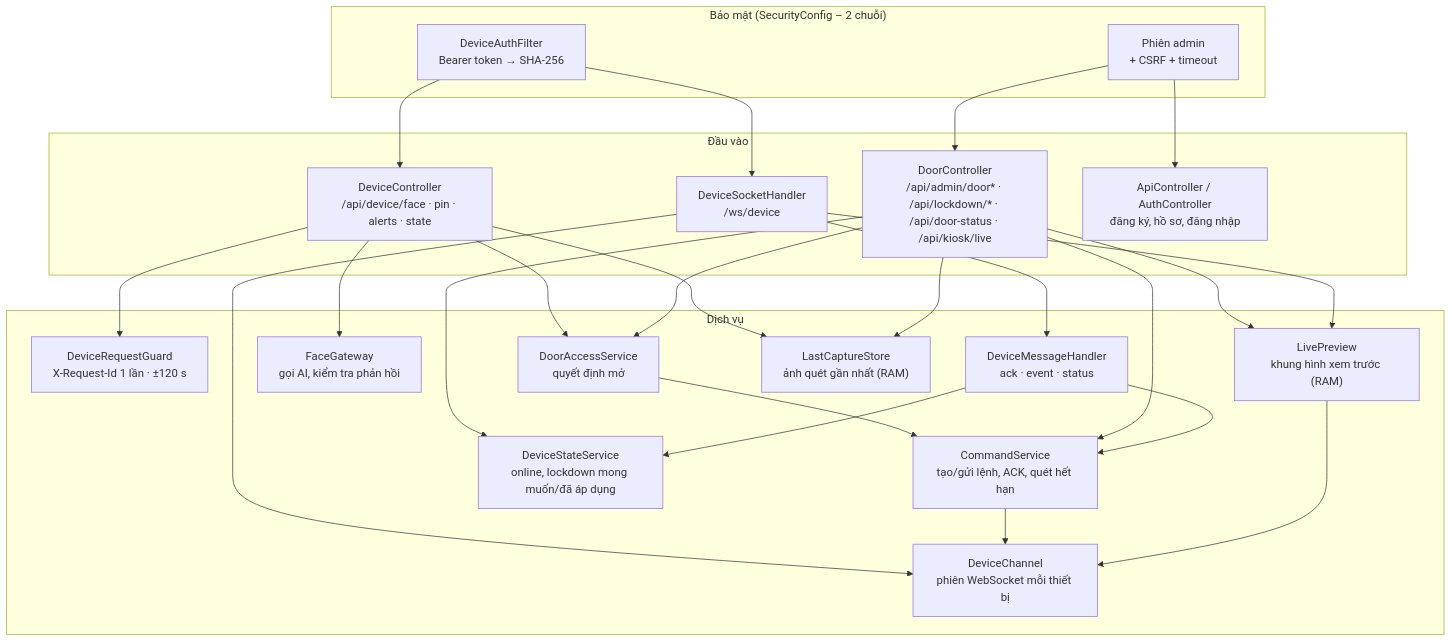
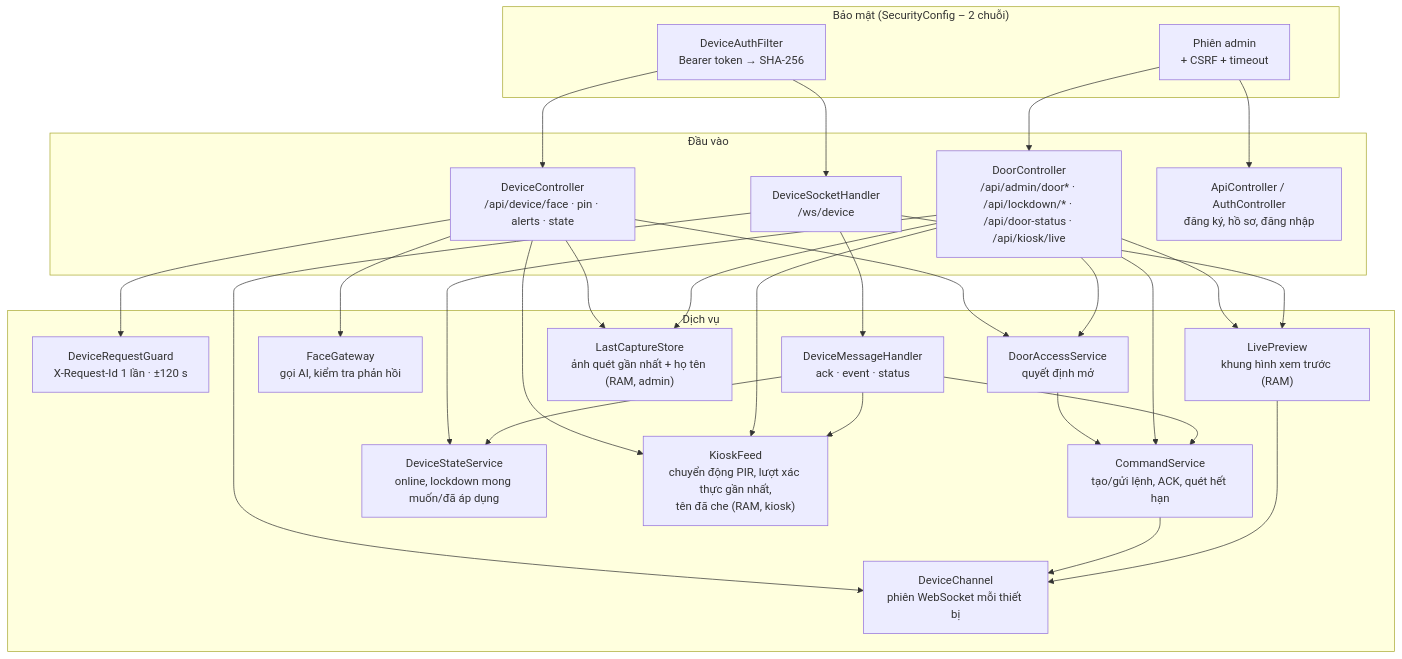
One commit to meanihoccode/IoT-Smart-Door-Lock-with-Facial-Anti-Spoofing changed the fourth of 16 diagrams in docs/ARCHITECTURE_DIAGRAMS.md. Above: the diagram before and after it, drawn with Mermaid. The commit also changed other lines of this file, not shown here.

First line of the commit message:
docs: cập nhật sơ đồ kiến trúc theo kiosk mới (KioskFeed, tên đã che)

````diff
--- a/docs/ARCHITECTURE_DIAGRAMS.md
+++ b/docs/ARCHITECTURE_DIAGRAMS.md
@@ -133,48 +136,52 @@
 ```mermaid
 flowchart TB
     subgraph SEC["Bảo mật (SecurityConfig – 2 chuỗi)"]
         DAF["DeviceAuthFilter<br/>Bearer token → SHA-256"]
         ADM["Phiên admin<br/>+ CSRF + timeout"]
     end
 
     subgraph IN["Đầu vào"]
         DC["DeviceController<br/>/api/device/face · pin · alerts · state"]
         WS["DeviceSocketHandler<br/>/ws/device"]
         DOOR["DoorController<br/>/api/admin/door* · /api/lockdown/* · /api/door-status · /api/kiosk/live"]
         API["ApiController / AuthController<br/>đăng ký, hồ sơ, đăng nhập"]
     end
 
     subgraph SVC["Dịch vụ"]
         GUARD["DeviceRequestGuard<br/>X-Request-Id 1 lần · ±120 s"]
         ACC["DoorAccessService<br/>quyết định mở"]
         FG["FaceGateway<br/>gọi AI, kiểm tra phản hồi"]
         CMD["CommandService<br/>tạo/gửi lệnh, ACK, quét hết hạn"]
         DS["DeviceStateService<br/>online, lockdown mong muốn/đã áp dụng"]
         CH["DeviceChannel<br/>phiên WebSocket mỗi thiết bị"]
         MH["DeviceMessageHandler<br/>ack · event · status"]
         LP["LivePreview<br/>khung hình xem trước (RAM)"]
-        LC["LastCaptureStore<br/>ảnh quét gần nhất (RAM)"]
+        LC["LastCaptureStore<br/>ảnh quét gần nhất + họ tên (RAM, admin)"]
+        KF["KioskFeed<br/>chuyển động PIR, lượt xác thực gần nhất,<br/>tên đã che (RAM, kiosk)"]
     end
 
     DAF --> DC
     DAF --> WS
     ADM --> DOOR
     ADM --> API
     DC --> GUARD
     DC --> ACC
     DC --> FG
     DC --> LC
+    DC --> KF
     ACC --> CMD
     DOOR --> ACC
     DOOR --> CMD
     DOOR --> DS
     DOOR --> LP
     DOOR --> LC
+    DOOR --> KF
     WS --> CH
     WS --> MH
     WS --> LP
     MH --> CMD
     MH --> DS
+    MH --> KF
     CMD --> CH
     LP --> CH
 ```
````
